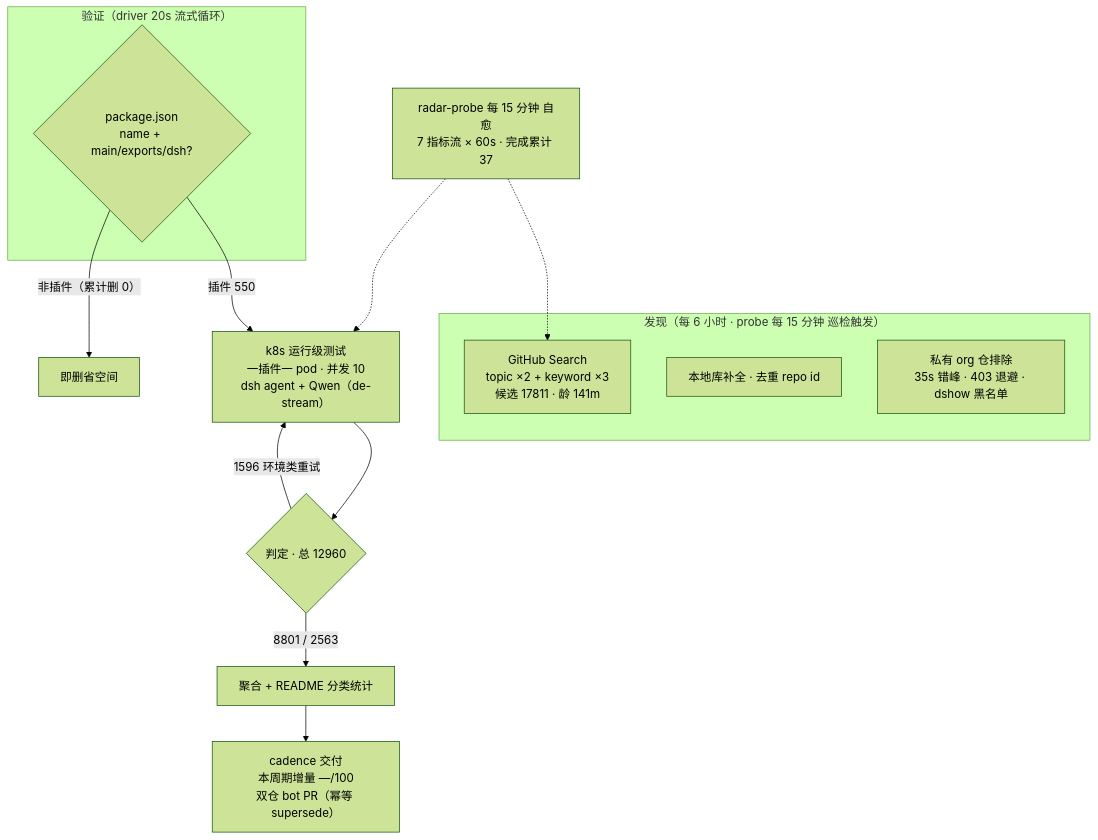
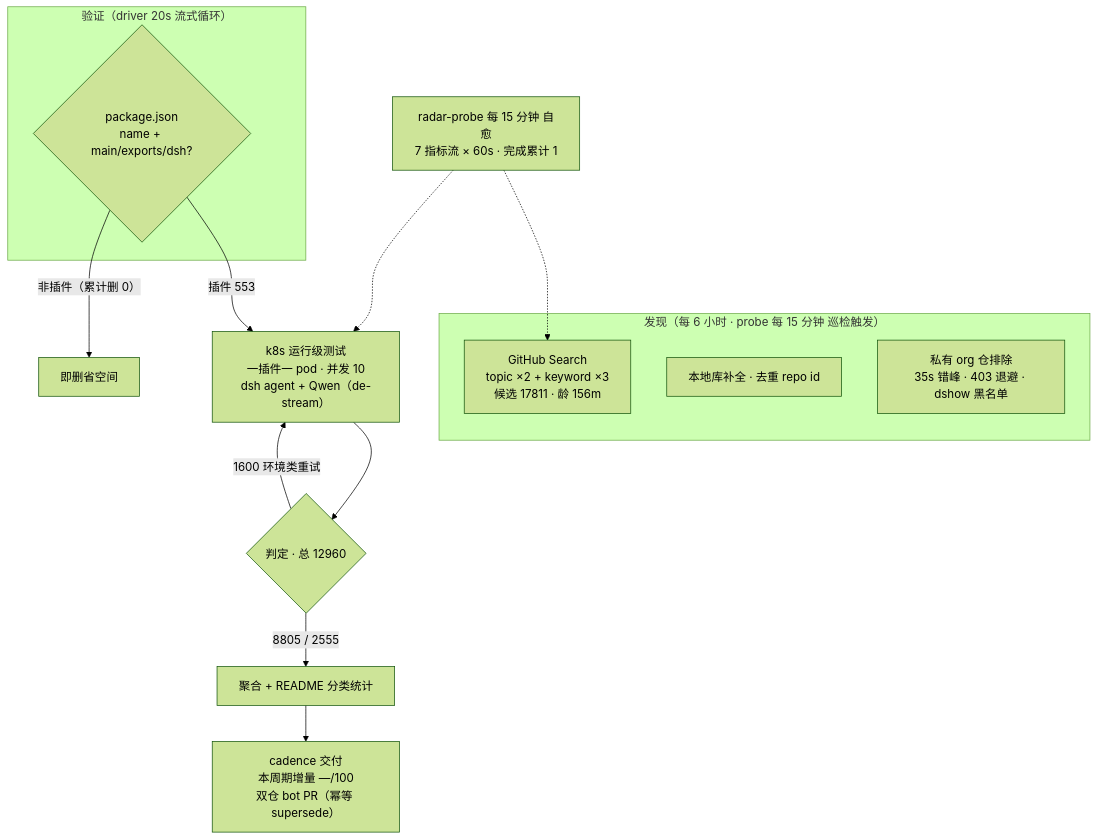
One commit to AdamPlatin123/awesome-dsh-plugins changed the diagram in README.md. Above: the diagram before and after it, drawn with Mermaid (forest theme). The commit also changed other lines of this file and 5 other files, not shown here.

````diff
--- a/README.md
+++ b/README.md
@@ -52,20 +52,20 @@
 ```mermaid
 flowchart TB
     subgraph Discovery["发现（每 6 小时 · probe 每 15 分钟 巡检触发）"]
-        A1["GitHub Search<br/>topic ×2 + keyword ×3<br/>候选 17811 · 龄 141m"]
+        A1["GitHub Search<br/>topic ×2 + keyword ×3<br/>候选 17811 · 龄 156m"]
         A2["本地库补全 · 去重 repo id"]
         A3["私有 org 仓排除<br/>35s 错峰 · 403 退避 · dshow 黑名单"]
     end
     subgraph Validation["验证（driver 20s 流式循环）"]
         B1{"package.json<br/>name + main/exports/dsh?"}
     end
-    B1 -->|"插件 550"| C1["k8s 运行级测试<br/>一插件一 pod · 并发 10<br/>dsh agent + Qwen（de-stream）"]
+    B1 -->|"插件 553"| C1["k8s 运行级测试<br/>一插件一 pod · 并发 10<br/>dsh agent + Qwen（de-stream）"]
     B1 -->|"非插件（累计删 0）"| B3["即删省空间"]
     C1 --> D1{"判定 · 总 12960"}
-    D1 -->|"8801 / 2563"| E1["聚合 + README 分类统计"]
-    D1 -->|"1596 环境类重试"| C1
+    D1 -->|"8805 / 2555"| E1["聚合 + README 分类统计"]
+    D1 -->|"1600 环境类重试"| C1
     E1 --> E2["cadence 交付<br/>本周期增量 —/100<br/>双仓 bot PR（幂等 supersede）"]
-    M["radar-probe 每 15 分钟 自愈<br/>7 指标流 × 60s · 完成累计 37"]
+    M["radar-probe 每 15 分钟 自愈<br/>7 指标流 × 60s · 完成累计 1"]
     M -.-> A1
     M -.-> C1
 ```
````
